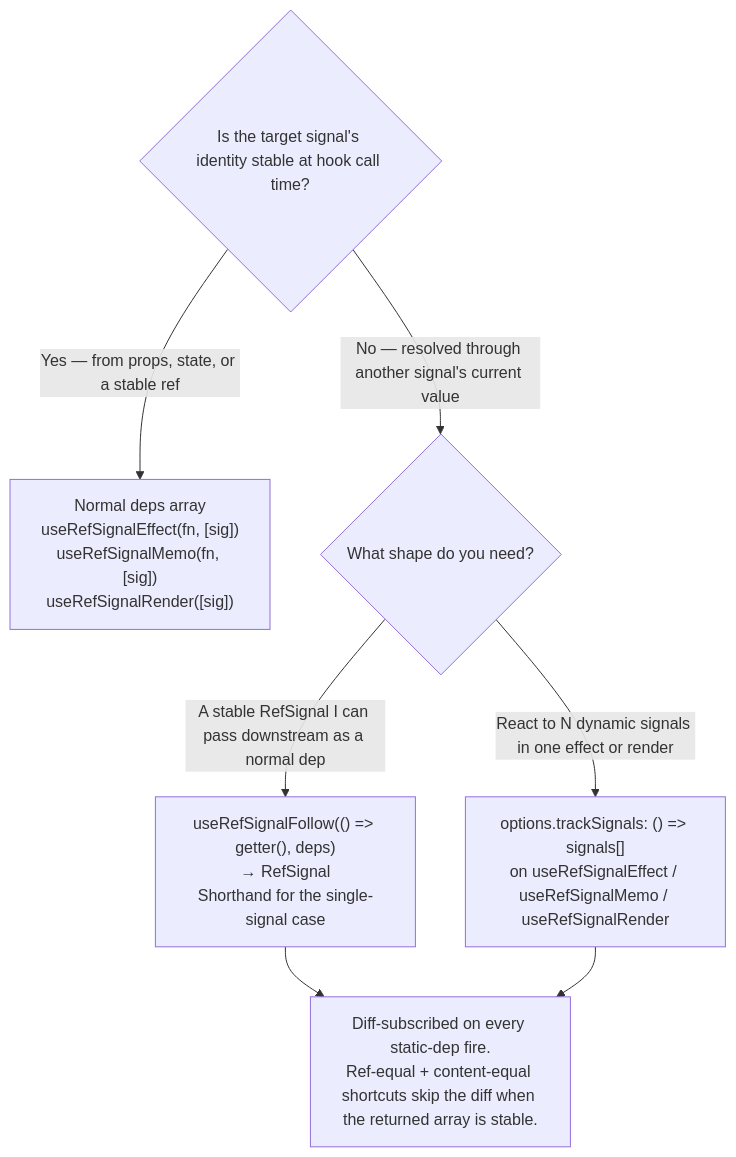
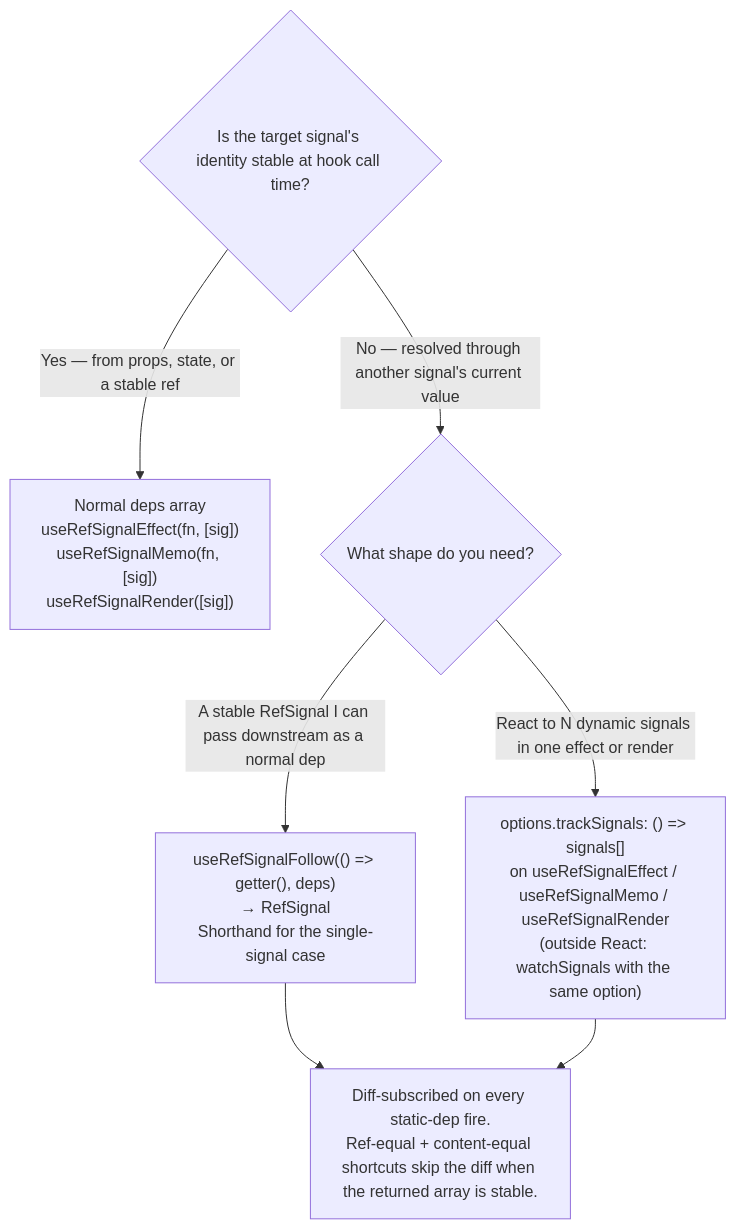
Before and after one commit to jav974/react-refsignal: the seventh of 11 diagrams in docs/decision-tree.md, drawn with Mermaid. The commit also changed other lines of this file and 9 other files, not shown here.

First line of the commit message:
feat: expose watchSignals as the public non-React primitive

````diff
--- a/docs/decision-tree.md
+++ b/docs/decision-tree.md
@@ -158,12 +159,12 @@
 ```mermaid
 flowchart TD
     Q1{"Is the target signal's identity stable at hook call time?"}
     Q1 -->|"Yes — from props, state, or a stable ref"| A["Normal deps array\nuseRefSignalEffect(fn, [sig])\nuseRefSignalMemo(fn, [sig])\nuseRefSignalRender([sig])"]
     Q1 -->|"No — resolved through another signal's current value"| Q2
 
     Q2{"What shape do you need?"}
     Q2 -->|"A stable RefSignal I can pass downstream as a normal dep"| B["useRefSignalFollow(() => getter(), deps)\n→ RefSignal<T | undefined>\nShorthand for the single-signal case"]
-    Q2 -->|"React to N dynamic signals in one effect or render"| C["options.trackSignals: () => signals[]\non useRefSignalEffect / useRefSignalMemo / useRefSignalRender"]
+    Q2 -->|"React to N dynamic signals in one effect or render"| C["options.trackSignals: () => signals[]\non useRefSignalEffect / useRefSignalMemo / useRefSignalRender\n(outside React: watchSignals with the same option)"]
 
     B & C --> D["Diff-subscribed on every static-dep fire.\nRef-equal + content-equal shortcuts skip the diff when the returned array is stable."]
 ```
````
